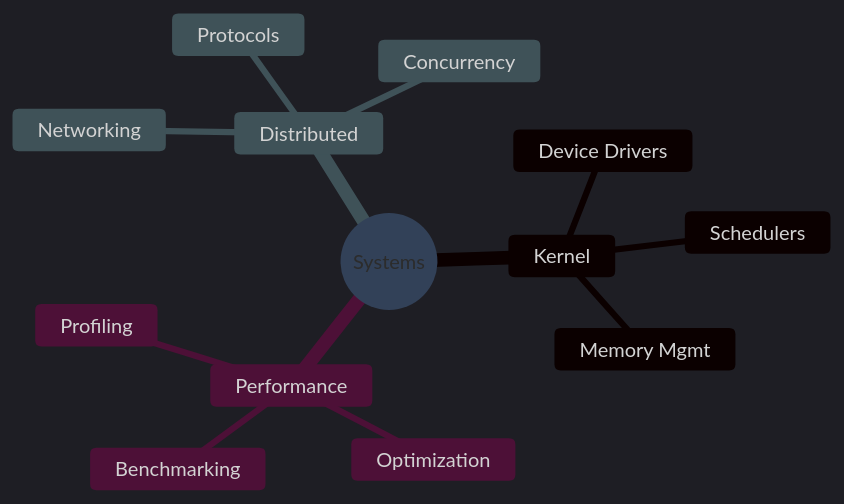
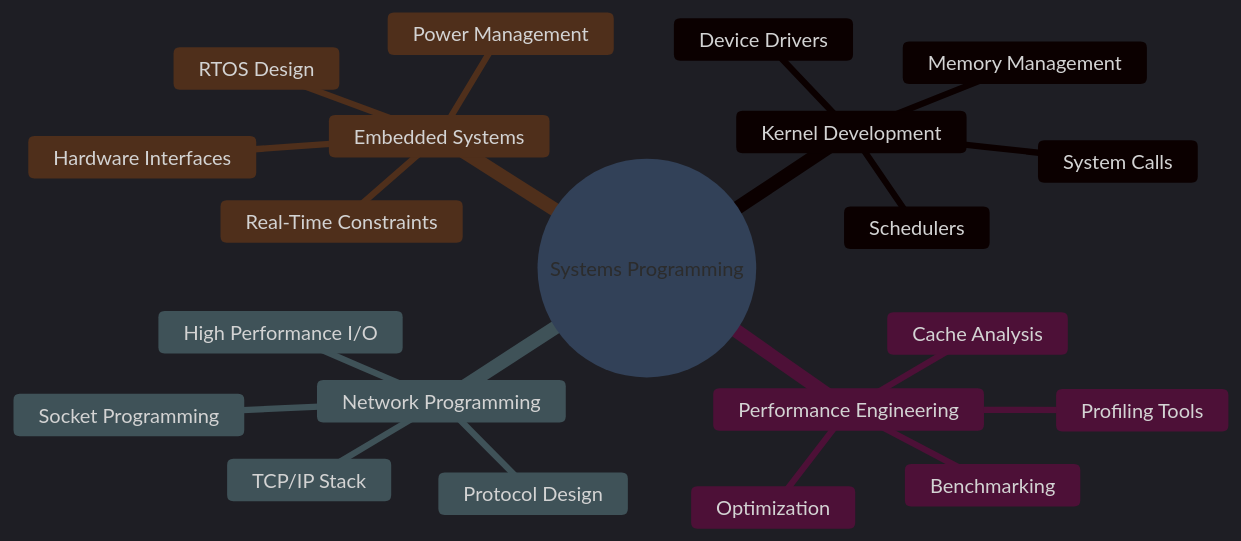
One commit to 3adavid/3adavid changed the diagram in README.md. Above: the diagram before and after it, drawn with Mermaid. The commit also changed other lines of this file, not shown here.

````diff
--- a/README.md
+++ b/README.md
@@ -257,17 +357,25 @@
 ```mermaid
 %%{init: {'theme':'dark','themeVariables': {'primaryColor':'#00ff00','primaryTextColor':'#fff','primaryBorderColor':'#00ff00','lineColor':'#00ff00','secondaryColor':'#0d1117','tertiaryColor':'#0d1117'}}}%%
 mindmap
-  root((Systems))
-    Kernel
+  root((Systems Programming))
+    Kernel Development
       Device Drivers
+      System Calls
       Schedulers
-      Memory Mgmt
-    Performance
-      Profiling
+      Memory Management
+    Performance Engineering
+      Profiling Tools
       Optimization
       Benchmarking
-    Distributed
-      Networking
-      Protocols
-      Concurrency
+      Cache Analysis
+    Network Programming
+      TCP/IP Stack
+      Socket Programming
+      Protocol Design
+      High Performance I/O
+    Embedded Systems
+      RTOS Design
+      Hardware Interfaces
+      Real-Time Constraints
+      Power Management
 ```
````
